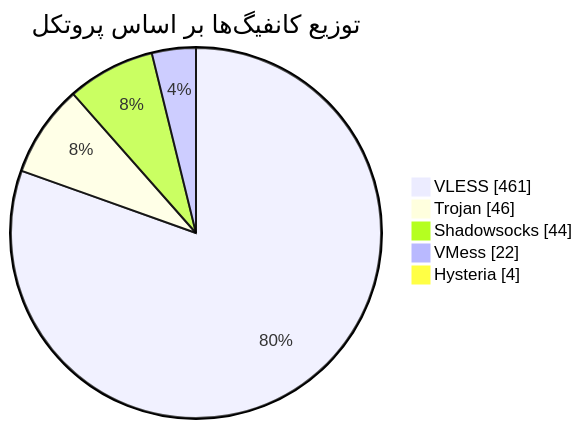
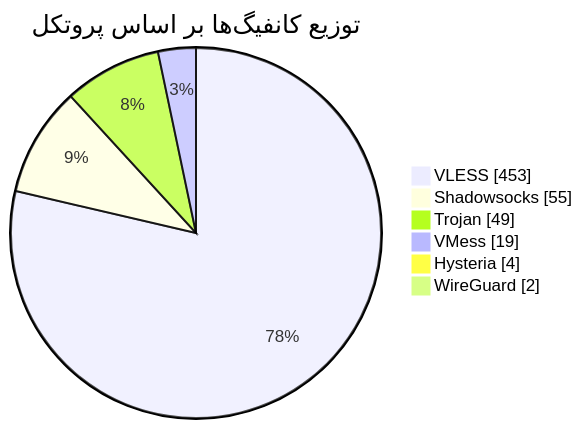
Before and after one commit to Arian-Alijani/Somthing: the diagram in README.md, drawn with Mermaid. The commit also changed other lines of this file and 69 other files, not shown here.

````diff
--- a/README.md
+++ b/README.md
@@ -47,9 +48,10 @@
 ```mermaid
 pie showData
     title توزیع کانفیگ‌ها بر اساس پروتکل
-    "VLESS" : 461
-    "Trojan" : 46
-    "Shadowsocks" : 44
-    "VMess" : 22
+    "VLESS" : 453
+    "Shadowsocks" : 55
+    "Trojan" : 49
+    "VMess" : 19
     "Hysteria" : 4
+    "WireGuard" : 2
 ```
````
